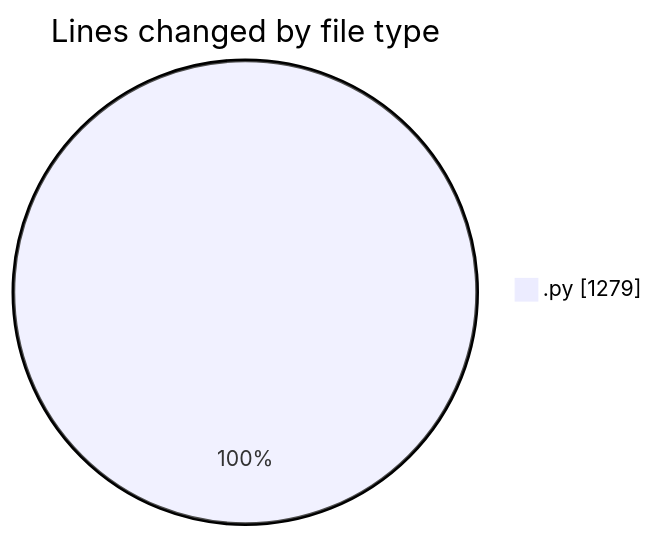
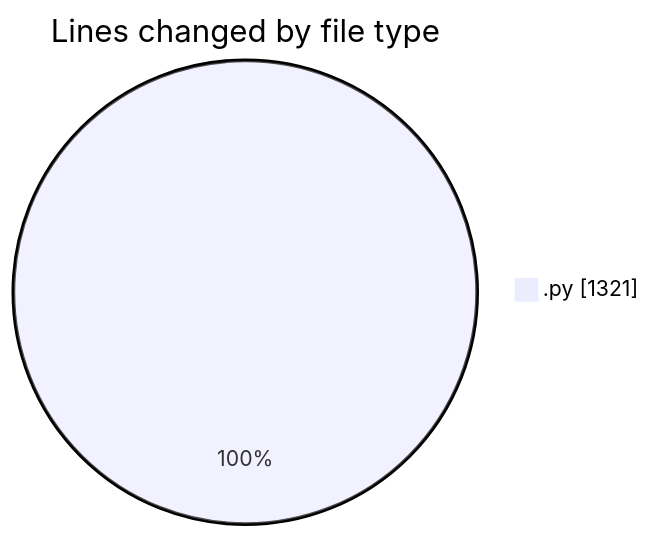
One commit to EIIisD/code-tracking changed the first of 2 diagrams in 2025-07-28/refunds/README.md. Above: the diagram before and after it, drawn with Mermaid. The commit also changed other lines of this file and 1 other file, not shown here.

````diff
--- a/2025-07-28/refunds/README.md
+++ b/2025-07-28/refunds/README.md
@@ -21,5 +21,5 @@
 ```mermaid
 pie showData
 title Lines changed by file type
-".py" : 1279
+".py" : 1321
 ```
````
